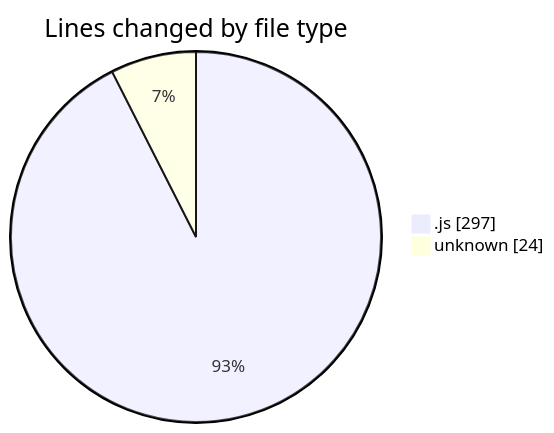
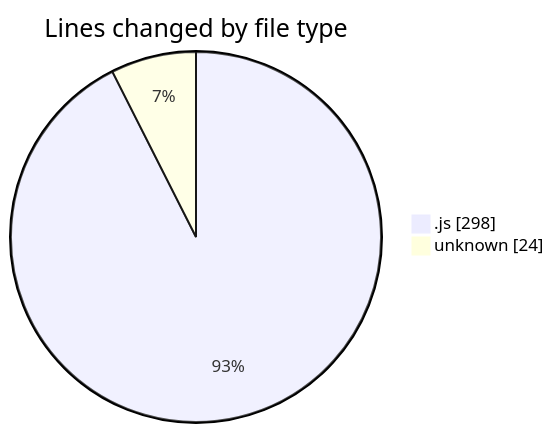
One commit to momahboobian/code-tracking changed the first of 2 diagrams in 2025-02-05/cda/README.md. Above: the diagram before and after it, drawn with Mermaid. The commit also changed other lines of this file and 1 other file, not shown here.

````diff
--- a/2025-02-05/cda/README.md
+++ b/2025-02-05/cda/README.md
@@ -27,6 +27,6 @@
 ```mermaid
 pie showData
 title Lines changed by file type
-".js" : 297
+".js" : 298
 "unknown" : 24
 ```
````
